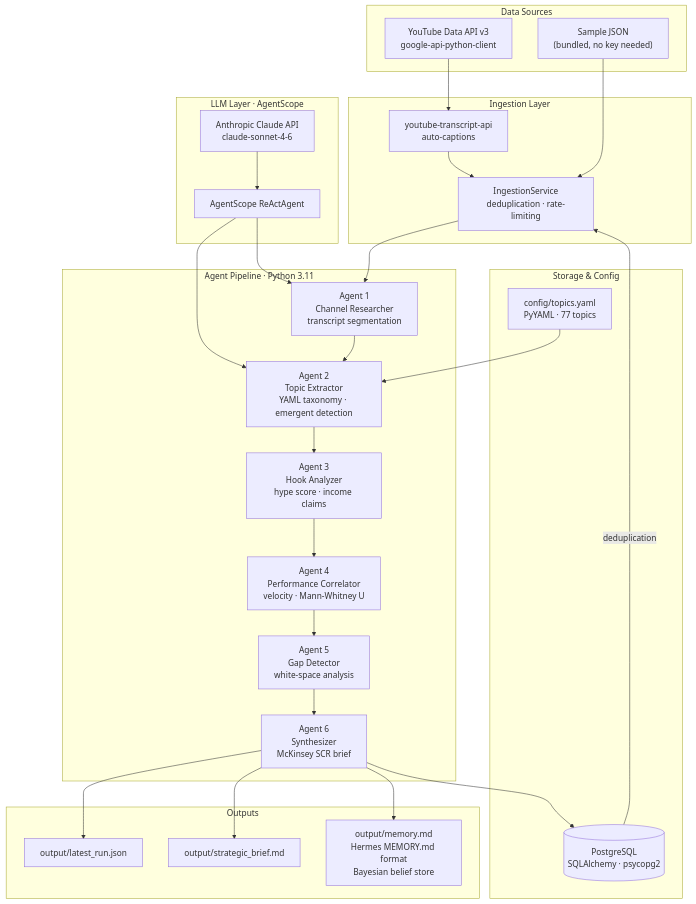
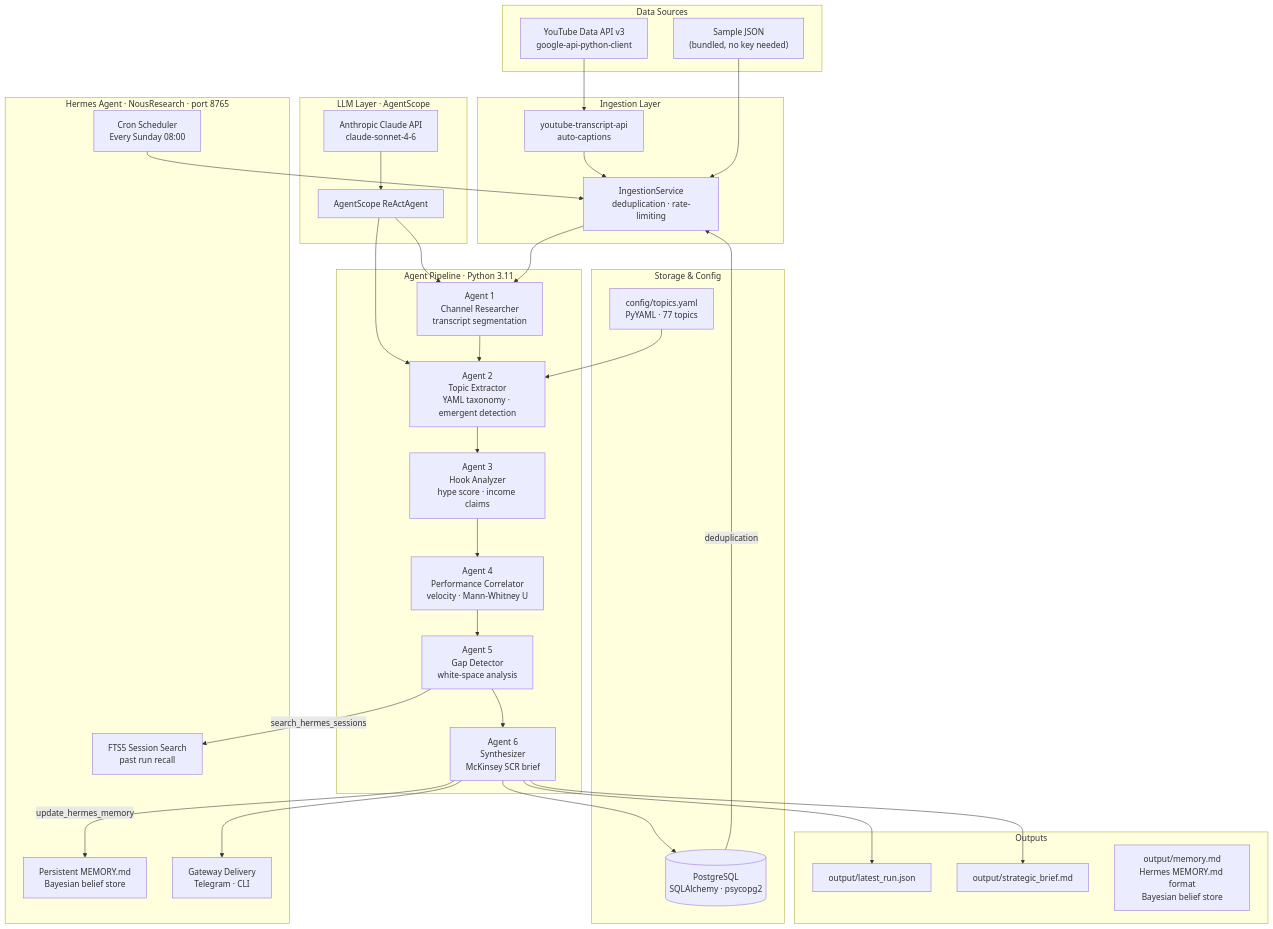
Before and after one commit to techlearnpoornima-code/ACIS: the diagram in README.md, drawn with Mermaid. The commit also changed other lines of this file and 7 other files, not shown here.

First line of the commit message:
Integrate Hermes Agent as the persistent runtime layer

````diff
--- a/README.md
+++ b/README.md
@@ -32,49 +32,59 @@
 ```mermaid
 flowchart TD
     subgraph Sources["Data Sources"]
         YT["YouTube Data API v3\ngoogle-api-python-client"]
         SAMPLE["Sample JSON\n(bundled, no key needed)"]
     end
 
     subgraph Ingestion["Ingestion Layer"]
         YTAPI["youtube-transcript-api\nauto-captions"]
         SVC["IngestionService\ndeduplication · rate-limiting"]
+    end
+
+    subgraph Hermes["Hermes Agent  ·  NousResearch  ·  port 8765"]
+        HM["Persistent MEMORY.md\nBayesian belief store"]
+        FTS["FTS5 Session Search\npast run recall"]
+        CRON["Cron Scheduler\nEvery Sunday 08:00"]
+        GW["Gateway Delivery\nTelegram · CLI"]
     end
 
     subgraph LLM["LLM Layer  ·  AgentScope"]
         CLAUDE["Anthropic Claude API\nclaude-sonnet-4-6"]
         AS["AgentScope ReActAgent"]
     end
 
     subgraph Pipeline["Agent Pipeline  ·  Python 3.11"]
         A1["Agent 1\nChannel Researcher\ntranscript segmentation"]
         A2["Agent 2\nTopic Extractor\nYAML taxonomy · emergent detection"]
         A3["Agent 3\nHook Analyzer\nhype score · income claims"]
         A4["Agent 4\nPerformance Correlator\nvelocity · Mann-Whitney U"]
         A5["Agent 5\nGap Detector\nwhite-space analysis"]
         A6["Agent 6\nSynthesizer\nMcKinsey SCR brief"]
     end
 
     subgraph Storage["Storage & Config"]
         PG[("PostgreSQL\nSQLAlchemy · psycopg2")]
         YAML["config/topics.yaml\nPyYAML · 77 topics"]
     end
 
     subgraph Output["Outputs"]
         JSON["output/latest_run.json"]
         BRIEF["output/strategic_brief.md"]
         MEM["output/memory.md\nHermes MEMORY.md format\nBayesian belief store"]
     end
 
     YT --> YTAPI --> SVC
     SAMPLE --> SVC
     CLAUDE --> AS --> A1
     AS --> A2
     SVC --> A1 --> A2 --> A3 --> A4 --> A5 --> A6
     YAML --> A2
     PG -- deduplication --> SVC
+    A5 -- search_hermes_sessions --> FTS
+    A6 -- update_hermes_memory --> HM
     A6 --> JSON
     A6 --> BRIEF
-    A6 --> MEM
+    A6 --> GW
     A6 --> PG
+    CRON --> SVC
 ```
````
